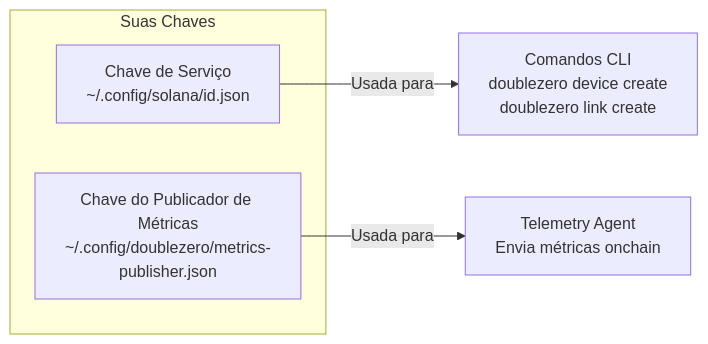
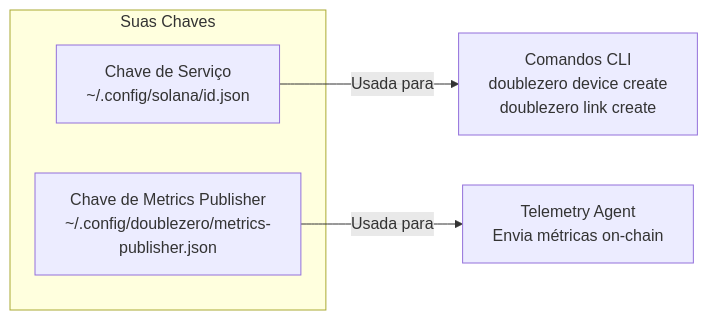
One commit to malbeclabs/docs changed the fourth of 13 diagrams in docs/contribute-provisioning.pt.md. Above: the diagram before and after it, drawn with Mermaid. The commit also changed other lines of this file and 130 other files, not shown here.

````diff
--- a/docs/contribute-provisioning.pt.md
+++ b/docs/contribute-provisioning.pt.md
@@ -205,10 +205,10 @@
 ```mermaid
 flowchart LR
     subgraph "Suas Chaves"
         SK[Chave de Serviço<br/>~/.config/solana/id.json]
-        MK[Chave do Publicador de Métricas<br/>~/.config/doublezero/metrics-publisher.json]
+        MK[Chave de Metrics Publisher<br/>~/.config/doublezero/metrics-publisher.json]
     end
 
     SK -->|Usada para| CLI[Comandos CLI<br/>doublezero device create<br/>doublezero link create]
-    MK -->|Usada para| TEL[Telemetry Agent<br/>Envia métricas onchain]
+    MK -->|Usada para| TEL[Telemetry Agent<br/>Envia métricas on-chain]
 ```
````
